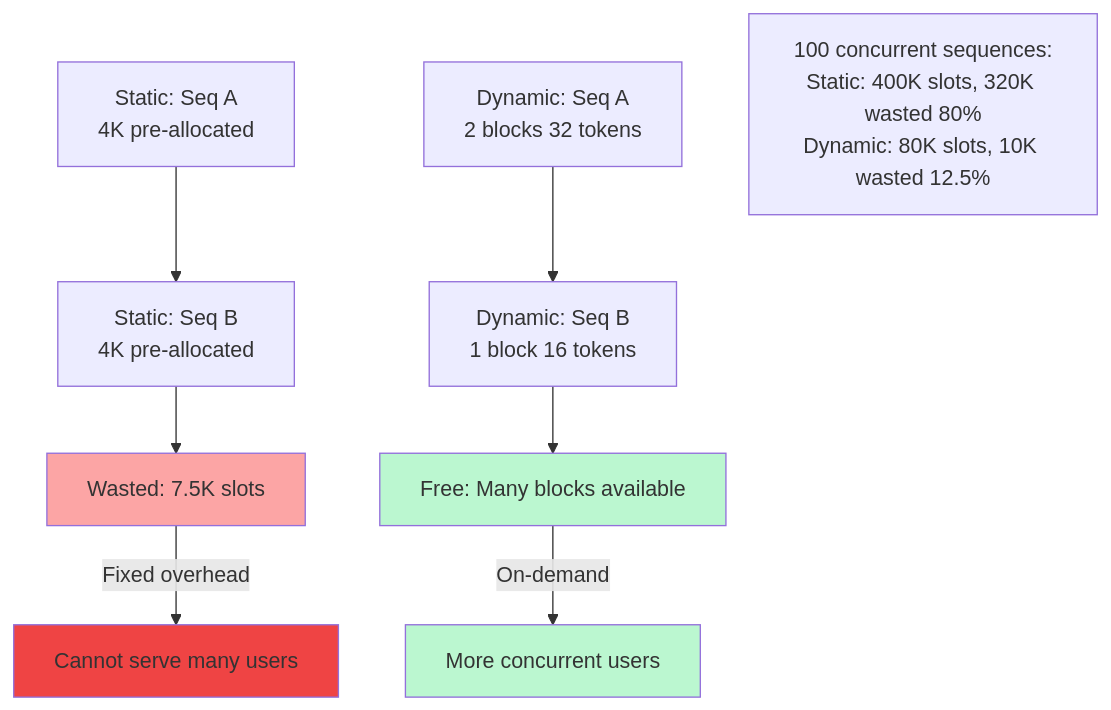
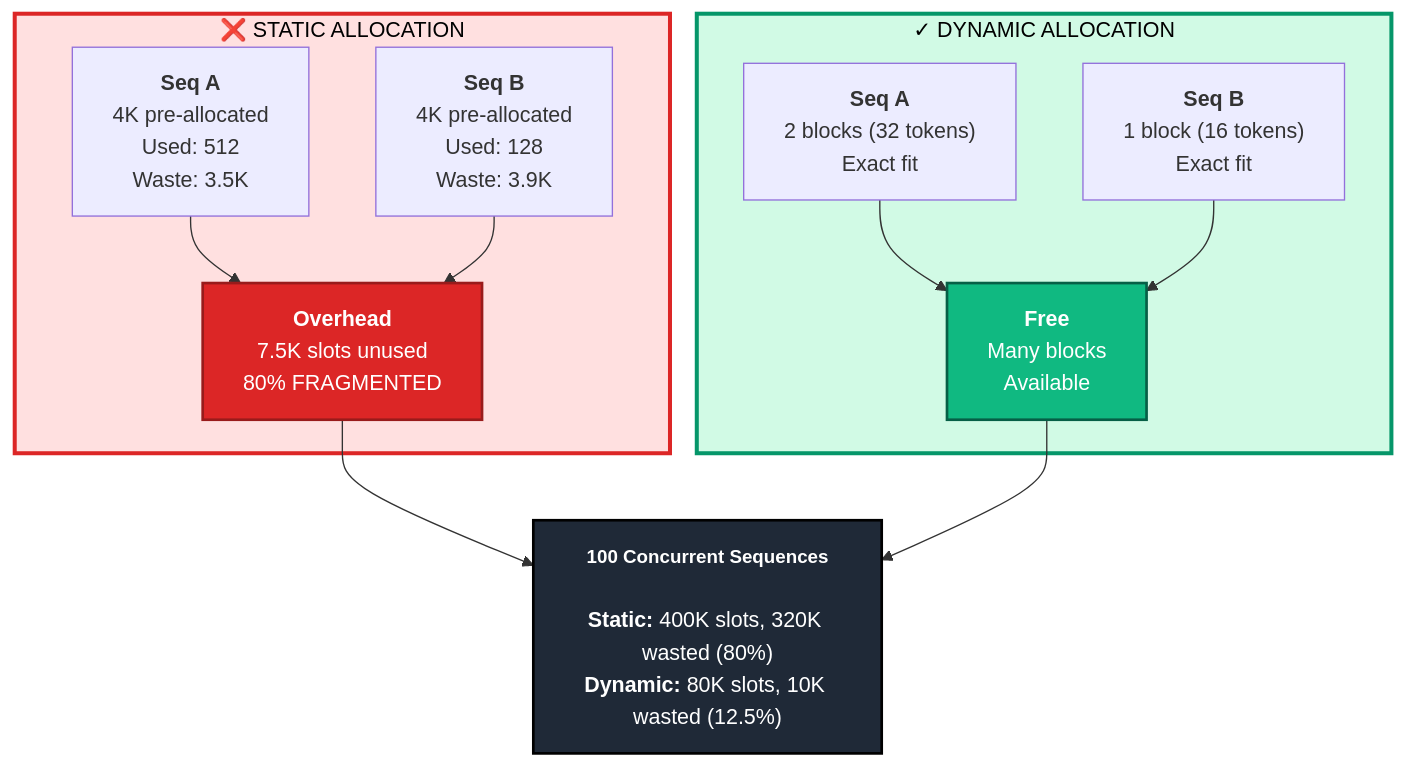
Before and after one commit to Shahriarin2garden/vllm_from_scratch: the third of 9 diagrams in lab0.3/README.md, drawn with Mermaid. The commit also changed other lines of this file, not shown here.

Commit message:
Enhance Lab 0.3 README with detailed mermaid diagrams for KV cache operations, improving clarity and visual representation of memory management concepts.

````diff
--- a/lab0.3/README.md
+++ b/lab0.3/README.md
@@ -219,18 +227,29 @@
 ```mermaid
 graph TD
-    S1[Static: Seq A<br/>4K pre-allocated] --> S2[Static: Seq B<br/>4K pre-allocated]
-    S2 --> S3[Wasted: 7.5K slots]
+    subgraph STATIC["❌ STATIC ALLOCATION"]
+        S1["<b>Seq A</b><br/>4K pre-allocated<br/>Used: 512<br/>Waste: 3.5K"]
+        S2["<b>Seq B</b><br/>4K pre-allocated<br/>Used: 128<br/>Waste: 3.9K"]
+        S3["<b>Overhead</b><br/>7.5K slots unused<br/>80% FRAGMENTED"]
+    end
     
-    D1[Dynamic: Seq A<br/>2 blocks 32 tokens] --> D2[Dynamic: Seq B<br/>1 block 16 tokens]
-    D2 --> D3[Free: Many blocks available]
+    subgraph DYNAMIC["✓ DYNAMIC ALLOCATION"]
+        D1["<b>Seq A</b><br/>2 blocks (32 tokens)<br/>Exact fit"]
+        D2["<b>Seq B</b><br/>1 block (16 tokens)<br/>Exact fit"]
+        D3["<b>Free</b><br/>Many blocks<br/>Available"]
+    end
     
-    S3 -->|Fixed overhead| Problem[Cannot serve many users]
-    D3 -->|On-demand| Solution[More concurrent users]
+    STATS["<b style='font-size:14px'>100 Concurrent Sequences</b><br/><br/><b>Static:</b> 400K slots, 320K wasted (80%)<br/><b>Dynamic:</b> 80K slots, 10K wasted (12.5%)"]
     
-    Metrics[100 concurrent sequences:<br/>Static: 400K slots, 320K wasted 80%<br/>Dynamic: 80K slots, 10K wasted 12.5%]
+    S1 --> S3
+    S2 --> S3
+    D1 --> D3
+    D2 --> D3
+    S3 --> STATS
+    D3 --> STATS
     
-    style S3 fill:#fca5a5
-    style D3 fill:#bbf7d0
-    style Problem fill:#ef4444
-    style Solution fill:#bbf7d0
+    style STATIC fill:#ffe0e0,stroke:#dc2626,stroke-width:3px,color:#000
+    style S3 fill:#dc2626,color:#fff,stroke:#991b1b,stroke-width:2px
+    style DYNAMIC fill:#d1fae5,stroke:#059669,stroke-width:3px,color:#000
+    style D3 fill:#10b981,color:#fff,stroke:#065f46,stroke-width:2px
+    style STATS fill:#1f2937,color:#fff,stroke:#000,stroke-width:2px
 ```
````
